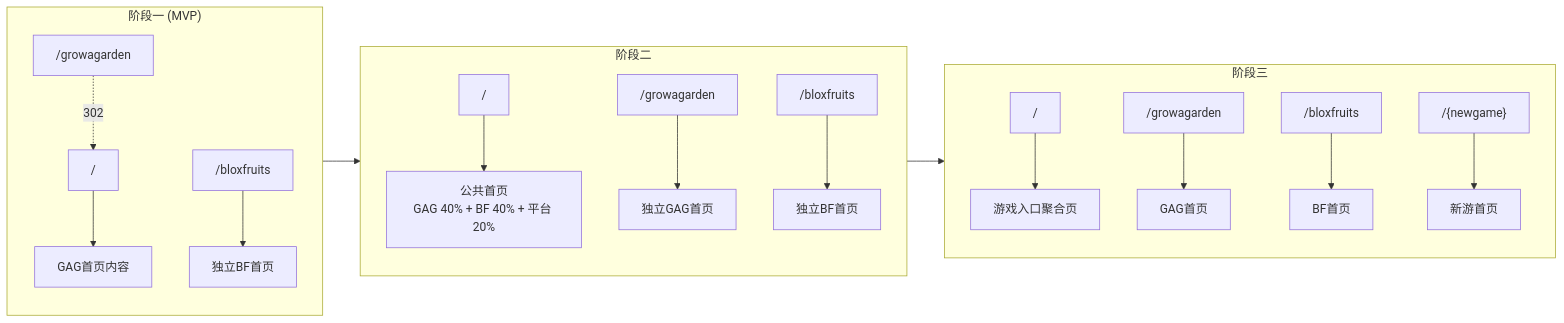
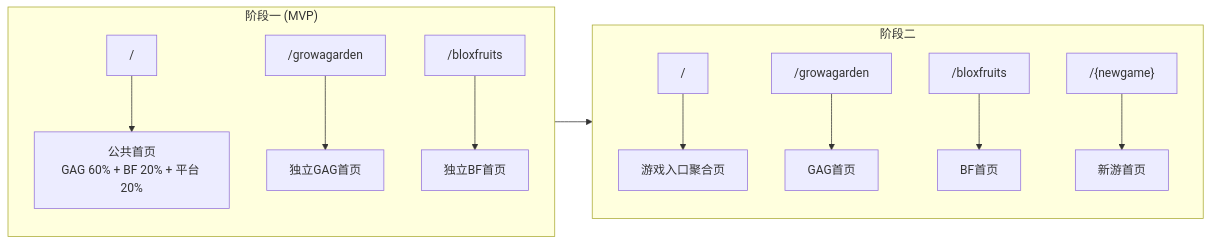
The diagram in docs/prd/新游拓展专项-2025年1月.md (Vanessawxz07/garden-connect), drawn with Mermaid before and after one commit. The commit also changed other lines of this file, not shown here.

````diff
--- a/docs/prd/新游拓展专项-2025年1月.md
+++ b/docs/prd/新游拓展专项-2025年1月.md
@@ -81,23 +83,17 @@
 ```mermaid
 flowchart LR
     subgraph Phase1["阶段一 (MVP)"]
-        A1["/"] --> A2["GAG首页内容"]
-        A3["/growagarden"] -.302.-> A1
-        A4["/bloxfruits"] --> A5["独立BF首页"]
-    end
-    
-    subgraph Phase2["阶段二"]
-        B1["/"] --> B2["公共首页<br/>GAG 40% + BF 40% + 平台 20%"]
+        B1["/"] --> B2["公共首页<br/>GAG 60% + BF 20% + 平台 20%"]
         B3["/growagarden"] --> B4["独立GAG首页"]
         B5["/bloxfruits"] --> B6["独立BF首页"]
     end
     
-    subgraph Phase3["阶段三"]
+    subgraph Phase2["阶段二"]
         C1["/"] --> C2["游戏入口聚合页"]
         C3["/growagarden"] --> C4["GAG首页"]
         C5["/bloxfruits"] --> C6["BF首页"]
         C7["/{newgame}"] --> C8["新游首页"]
     end
     
-    Phase1 --> Phase2 --> Phase3
+    Phase1 --> Phase2
 ```
````
